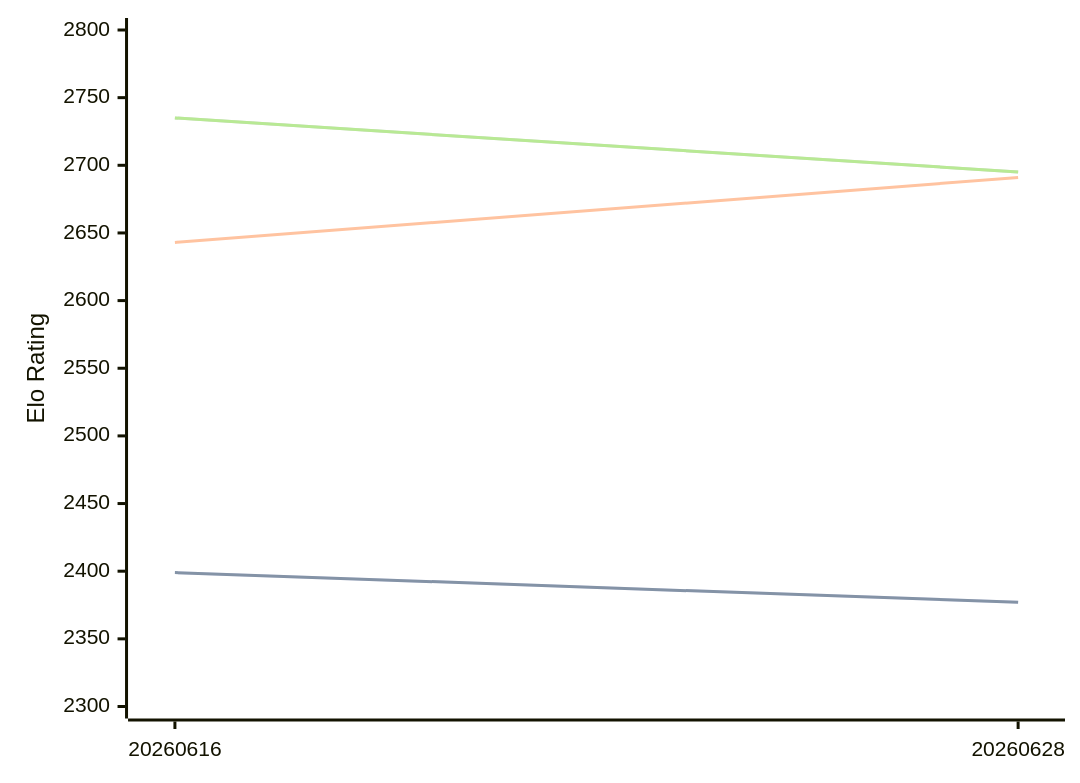
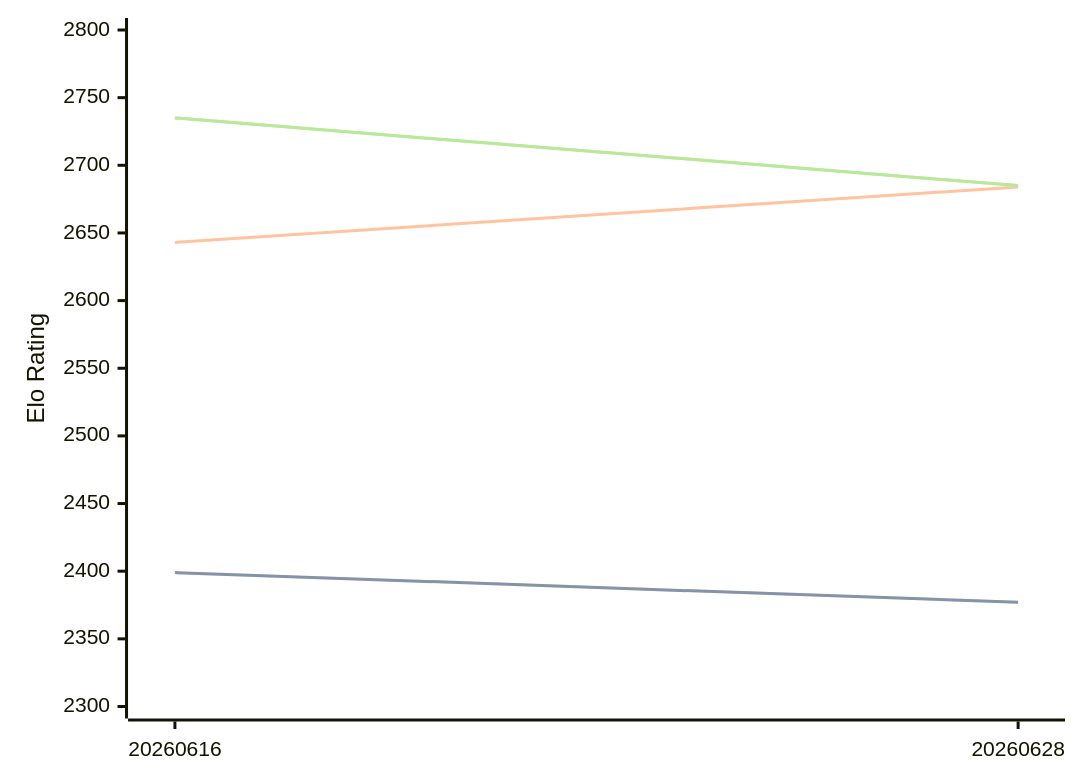
Before and after one commit to computer-chess-index/cci: the first of 3 diagrams in engines/Askaig.md, drawn with Mermaid. The commit also changed other lines of this file, not shown here.

Commit message:
Update CCI Ratings (ELO VLTC) - 2026-06-30

````diff
--- a/engines/Askaig.md
+++ b/engines/Askaig.md
@@ -34,11 +34,11 @@
 ```mermaid
 %%{init: {"theme":"base","themeVariables":{"seriesColors:['#a3a3a3','#222221','#faa371']}}}%%
 xychart-beta
   x-axis ["20260616", "20260628"]
   y-axis "Elo Rating" 2300 --> 2800
   line "STC (8.0+0.08s)" [2399, 2377]
   line "STC (8.0+0.08s)" [2399, 2377]
-  line "LTC (60.0+0.60s)" [2643, 2691]
-  line "VLTC (2m24s+1.12s)" [2735, 2695]
-  line "VLTC (2m24s+1.12s)" [2735, 2695]
+  line "LTC (60.0+0.60s)" [2643, 2684]
+  line "VLTC (2m24s+1.12s)" [2735, 2685]
+  line "VLTC (2m24s+1.12s)" [2735, 2685]
 ```
````
